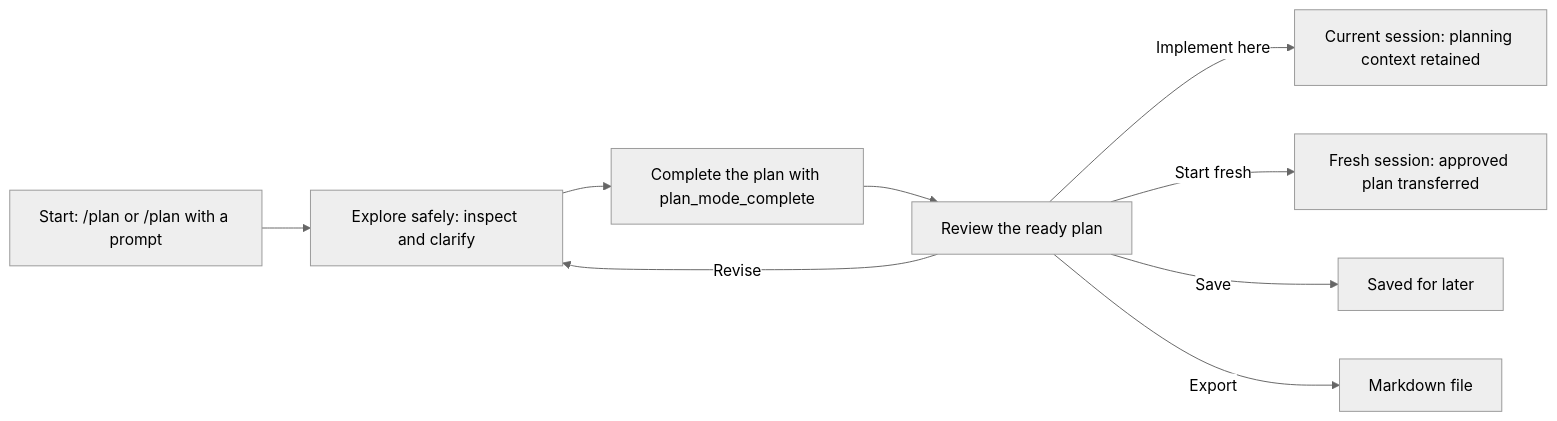
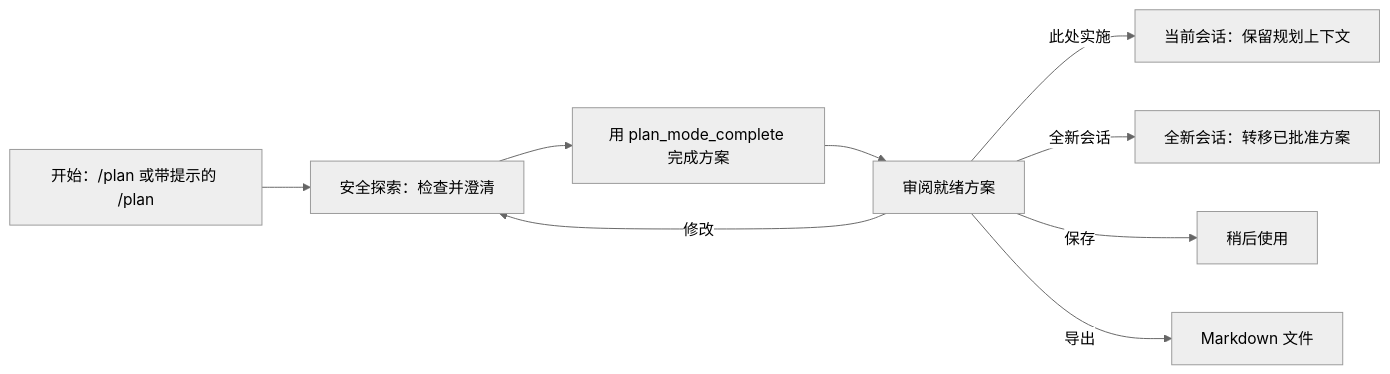
Before and after one commit to EightDoor/pi-plan-mode-autoswitch: the first of 2 diagrams in README.md, drawn with Mermaid (neutral theme). The commit also changed other lines of this file and 3 other files, not shown here.

````diff
--- a/README.md
+++ b/README.md
@@ -59,12 +59,12 @@
 ```mermaid
 flowchart LR
-    start["Start: /plan or /plan with a prompt"]
-    start --> explore["Explore safely: inspect and clarify"]
-    explore --> complete["Complete the plan with plan_mode_complete"]
-    complete --> review["Review the ready plan"]
-    review -->|Revise| explore
-    review -->|Implement here| current["Current session: planning context retained"]
-    review -->|Start fresh| fresh["Fresh session: approved plan transferred"]
-    review -->|Save| saved["Saved for later"]
-    review -->|Export| exported["Markdown file"]
+    start["开始：/plan 或带提示的 /plan"]
+    start --> explore["安全探索：检查并澄清"]
+    explore --> complete["用 plan_mode_complete 完成方案"]
+    complete --> review["审阅就绪方案"]
+    review -->|修改| explore
+    review -->|此处实施| current["当前会话：保留规划上下文"]
+    review -->|全新会话| fresh["全新会话：转移已批准方案"]
+    review -->|保存| saved["稍后使用"]
+    review -->|导出| exported["Markdown 文件"]
 ```
````
